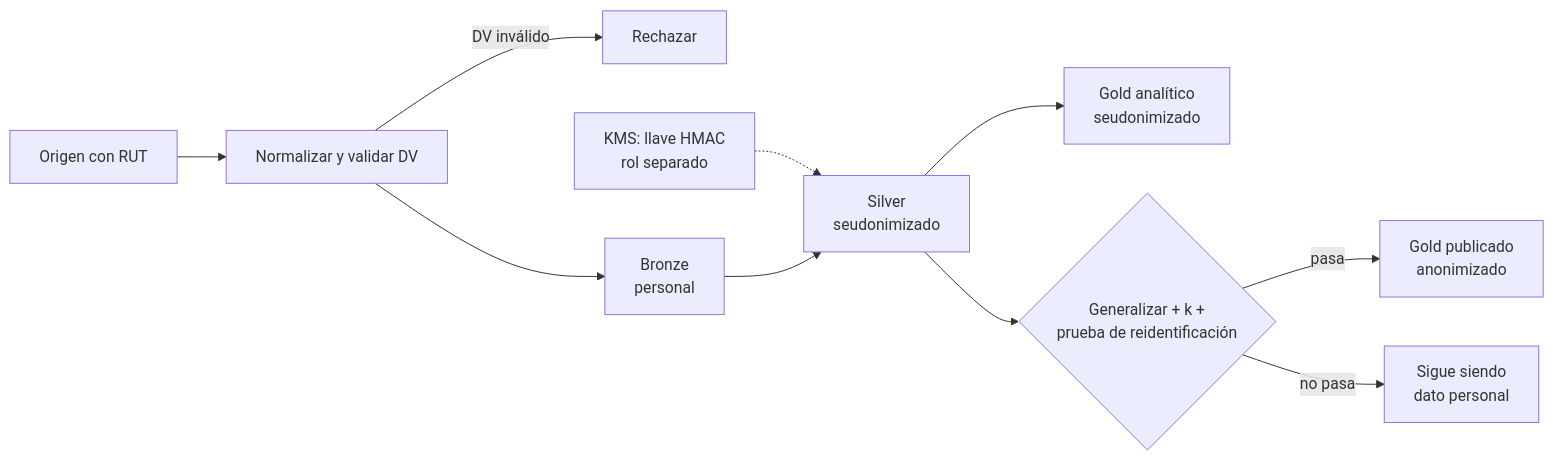
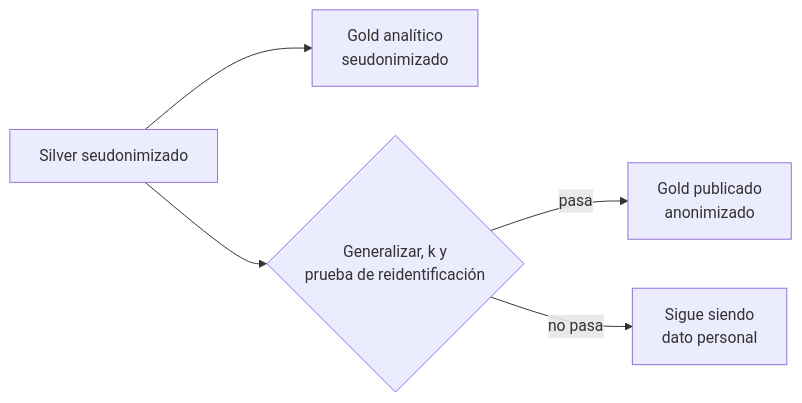
Before and after one commit to fcp4891/de-knowledge-hub: the second of 2 diagrams in content/concepts/chilean-identifier-pseudonymization.md, drawn with Mermaid. The commit also changed other lines of this file and 20 other files, not shown here.

First line of the commit message:
§9 con el estándar de diagramas: 21 diagramas sobre 8 nodos o 10 aristas, rehechos

````diff
--- a/content/concepts/chilean-identifier-pseudonymization.md
+++ b/content/concepts/chilean-identifier-pseudonymization.md
@@ -146,12 +159,7 @@
 ```mermaid
 flowchart LR
-  O["Origen con RUT"] --> N["Normalizar y validar DV"]
-  N -- "DV inválido" --> X["Rechazar"]
-  N --> B["Bronze<br/>personal"]
-  K["KMS: llave HMAC<br/>rol separado"] -.-> S
-  B --> S["Silver<br/>seudonimizado"]
-  S --> G["Gold analítico<br/>seudonimizado"]
-  S --> A{"Generalizar + k +<br/>prueba de reidentificación"}
+  S["Silver seudonimizado"] --> G["Gold analítico<br/>seudonimizado"]
+  S --> A{"Generalizar, k y<br/>prueba de reidentificación"}
   A -- "pasa" --> P["Gold publicado<br/>anonimizado"]
   A -- "no pasa" --> Y["Sigue siendo<br/>dato personal"]
 ```
````
